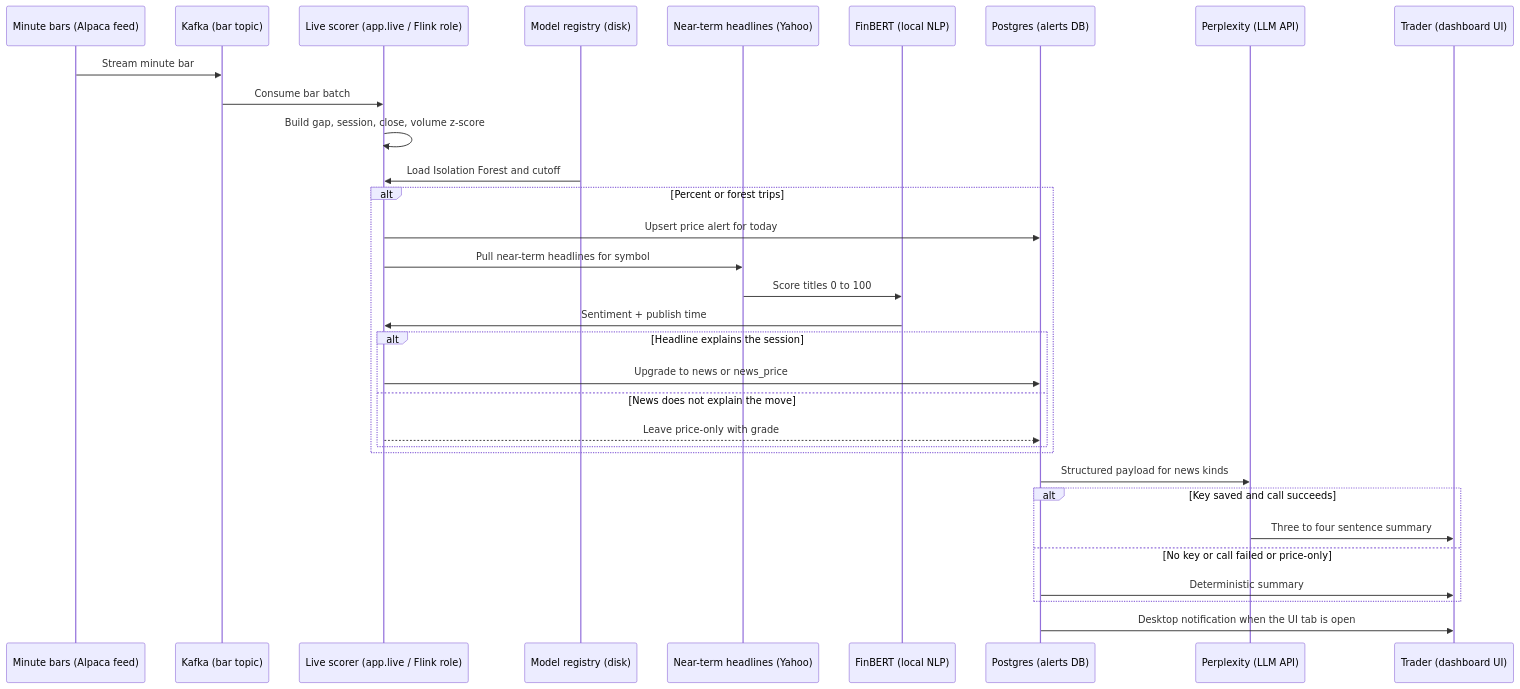
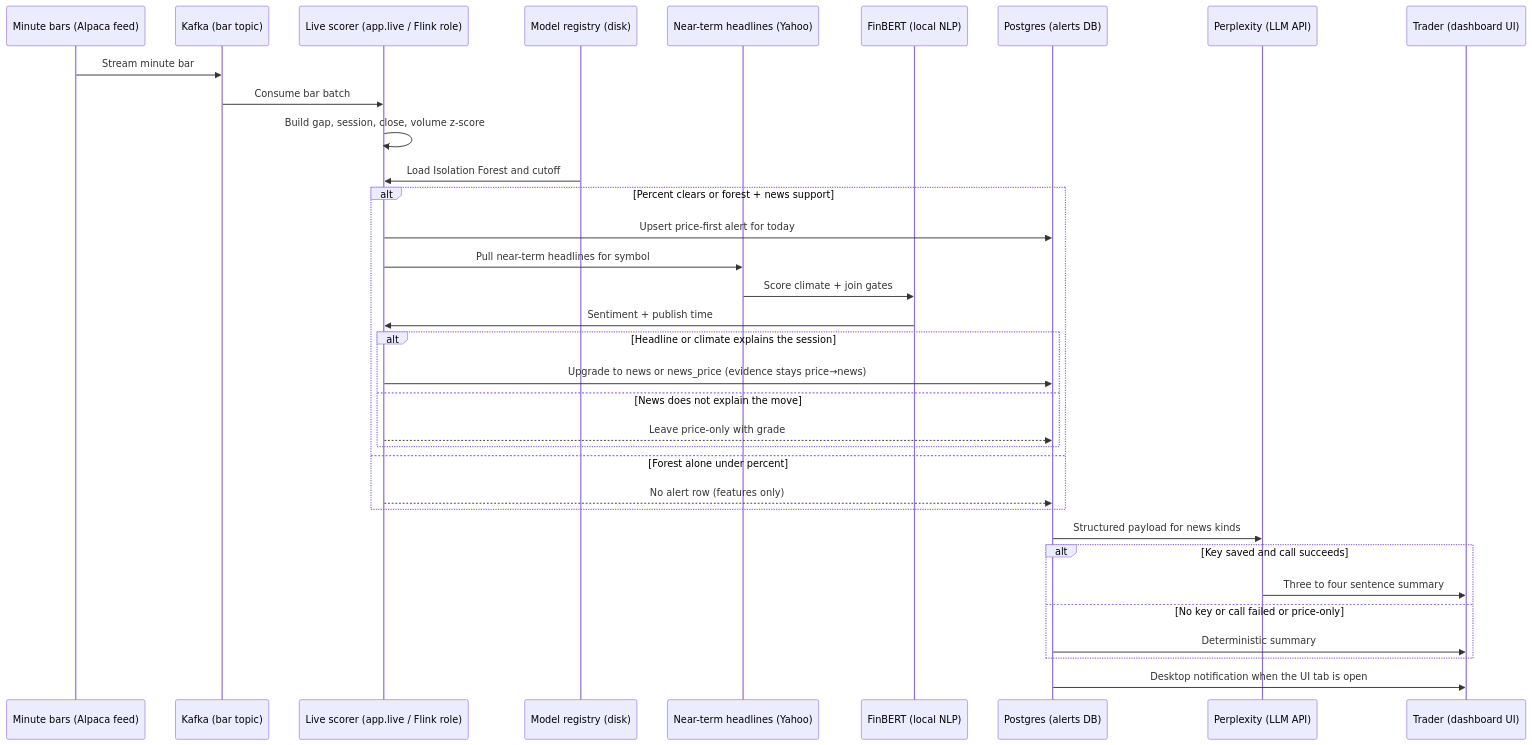
Before and after one commit to sameerde4/ticker-alert-system: diagram 11 of 11 in docs/architecture.md, drawn with Mermaid. The commit also changed other lines of this file and 4 other files, not shown here.

First line of the commit message:
Document Alert history, climate join, and What happened flow.

````diff
--- a/docs/architecture.md
+++ b/docs/architecture.md
@@ -534,35 +546,37 @@
 ```mermaid
 sequenceDiagram
     participant Market as Minute bars (Alpaca feed)
     participant Kafka as Kafka (bar topic)
     participant Scorer as Live scorer (app.live / Flink role)
     participant Registry as Model registry (disk)
     participant News as Near-term headlines (Yahoo)
     participant FinBERT as FinBERT (local NLP)
     participant PG as Postgres (alerts DB)
     participant Pplx as Perplexity (LLM API)
     participant Trader as Trader (dashboard UI)
 
     Market->>Kafka: Stream minute bar
     Kafka->>Scorer: Consume bar batch
     Scorer->>Scorer: Build gap, session, close, volume z-score
     Registry->>Scorer: Load Isolation Forest and cutoff
-    alt Percent or forest trips
-        Scorer->>PG: Upsert price alert for today
+    alt Percent clears or forest + news support
+        Scorer->>PG: Upsert price-first alert for today
         Scorer->>News: Pull near-term headlines for symbol
-        News->>FinBERT: Score titles 0 to 100
+        News->>FinBERT: Score climate + join gates
         FinBERT->>Scorer: Sentiment + publish time
-        alt Headline explains the session
-            Scorer->>PG: Upgrade to news or news_price
+        alt Headline or climate explains the session
+            Scorer->>PG: Upgrade to news or news_price (evidence stays price→news)
         else News does not explain the move
             Scorer-->>PG: Leave price-only with grade
         end
+    else Forest alone under percent
+        Scorer-->>PG: No alert row (features only)
     end
     PG->>Pplx: Structured payload for news kinds
     alt Key saved and call succeeds
         Pplx->>Trader: Three to four sentence summary
     else No key or call failed or price-only
         PG->>Trader: Deterministic summary
     end
     PG->>Trader: Desktop notification when the UI tab is open
 ```
````
